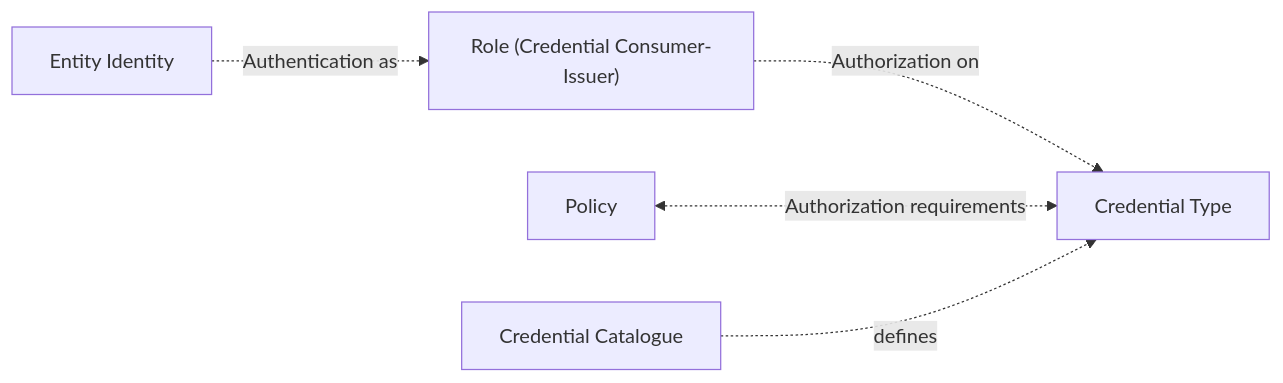
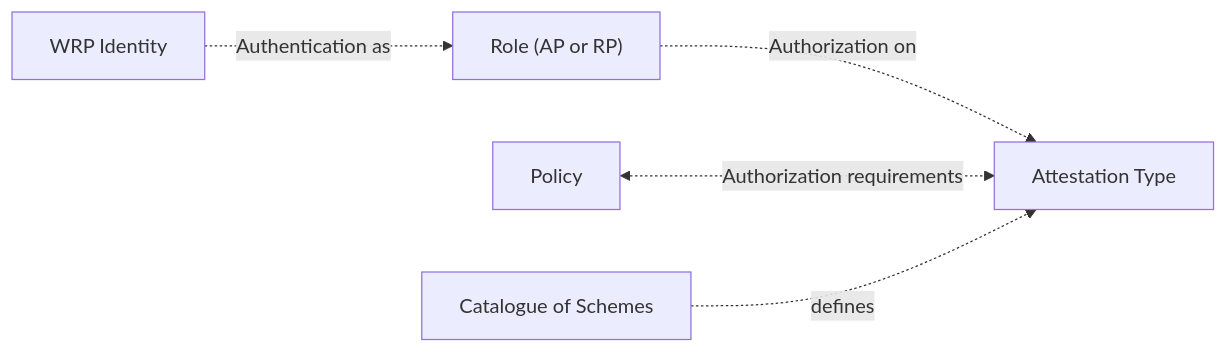
The first of 3 diagrams in topics/trust-management-process.md (APTITUDE-Consortium/wp2-trust-specifications), drawn with Mermaid before and after one commit. The commit also changed other lines of this file, not shown here.

````diff
--- a/topics/trust-management-process.md
+++ b/topics/trust-management-process.md
@@ -51,7 +47,7 @@
 ```mermaid graph
 flowchart LR
-    Entity["Entity Identity"]-.->|Authentication as| Role["Role (Credential Consumer-Issuer)"]
-    Role -.->|Authorization on| Cred["Credential Type"]
+    WEP["WRP Identity"]-.->|Authentication as| Role["Role (AP or RP)"]
+    Role -.->|Authorization on| Cred["Attestation Type"]
 Policy<-.->|Authorization requirements|Cred
-Cat["Credential Catalogue"]-.->|defines|Cred
+Cat["Catalogue of Schemes"]-.->|defines|Cred
 ```
````
